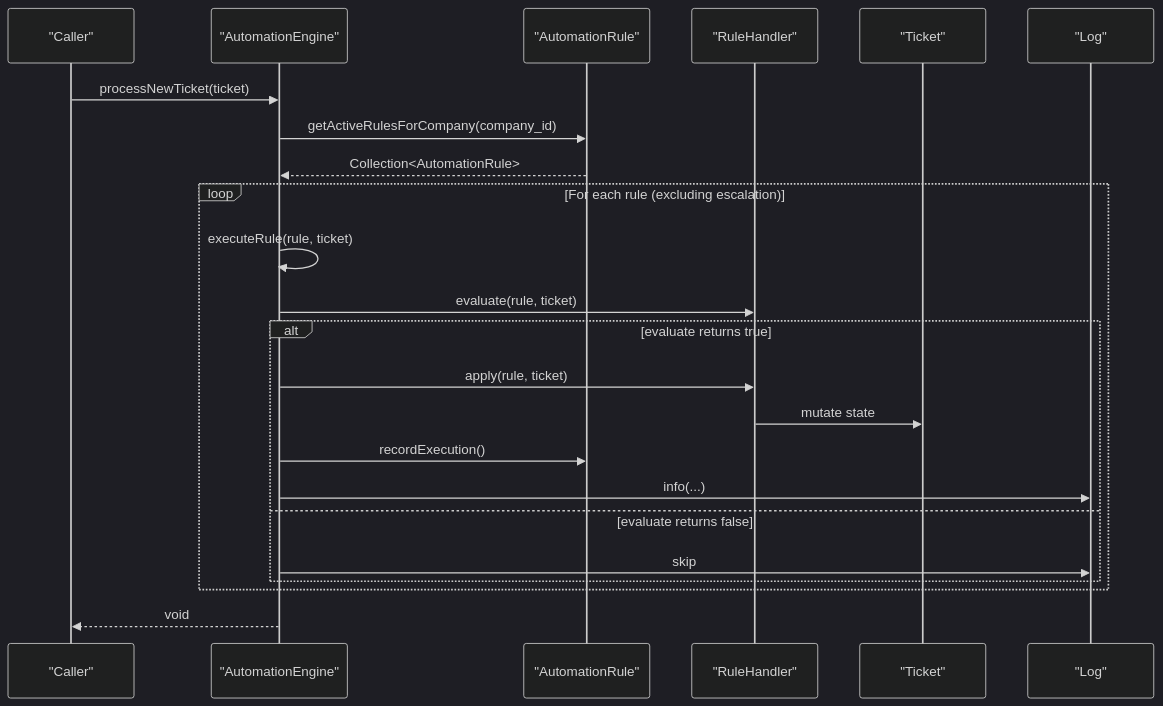
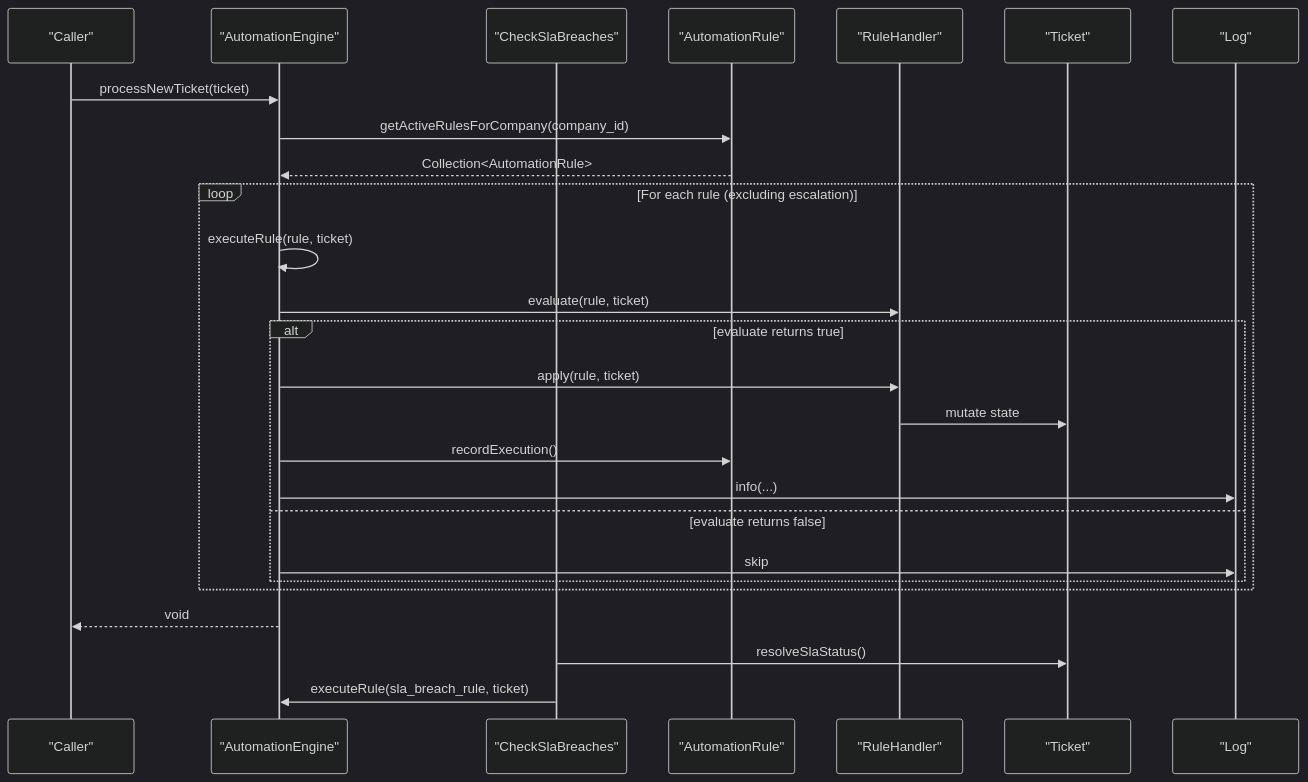
The second of 9 diagrams in .qoder/repowiki/en/content/Automation Engine/Automation Engine Overview.md (younesgamer68/helpdesk-system), drawn with Mermaid (dark theme) before and after one commit. The commit also changed other lines of this file and 210 other files, not shown here.

````diff
--- a/.qoder/repowiki/en/content/Automation Engine/Automation Engine Overview.md
+++ b/.qoder/repowiki/en/content/Automation Engine/Automation Engine Overview.md
@@ -125,25 +179,28 @@
 ```mermaid
 sequenceDiagram
 participant Client as "Caller"
 participant Engine as "AutomationEngine"
+participant SLAMonitor as "CheckSlaBreaches"
 participant DB as "AutomationRule"
 participant Handler as "RuleHandler"
 participant Ticket as "Ticket"
 participant Log as "Log"
 Client->>Engine : processNewTicket(ticket)
 Engine->>DB : getActiveRulesForCompany(company_id)
 DB-->>Engine : Collection<AutomationRule>
 loop For each rule (excluding escalation)
 Engine->>Engine : executeRule(rule, ticket)
 Engine->>Handler : evaluate(rule, ticket)
 alt evaluate returns true
 Engine->>Handler : apply(rule, ticket)
 Handler->>Ticket : mutate state
 Engine->>DB : recordExecution()
 Engine->>Log : info(...)
 else evaluate returns false
 Engine->>Log : skip
 end
 end
 Engine-->>Client : void
+SLAMonitor->>Ticket : resolveSlaStatus()
+SLAMonitor->>Engine : executeRule(sla_breach_rule, ticket)
 ```
````
